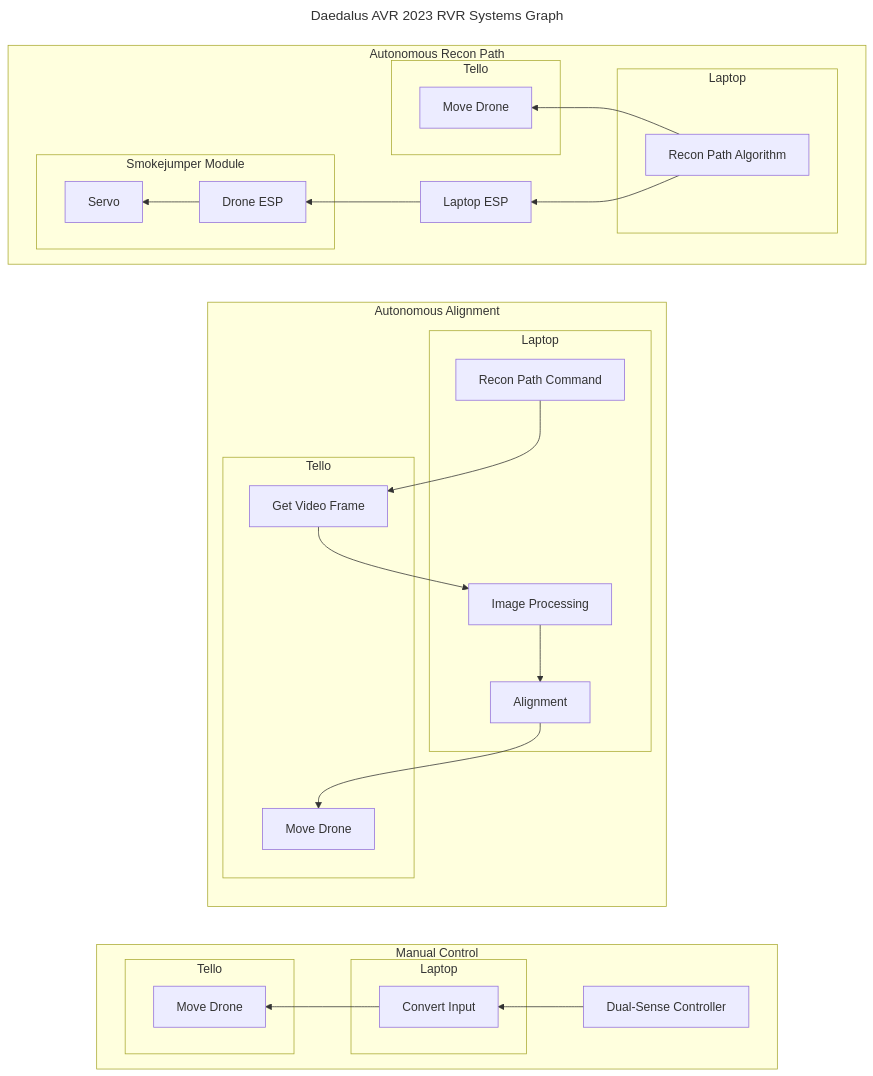
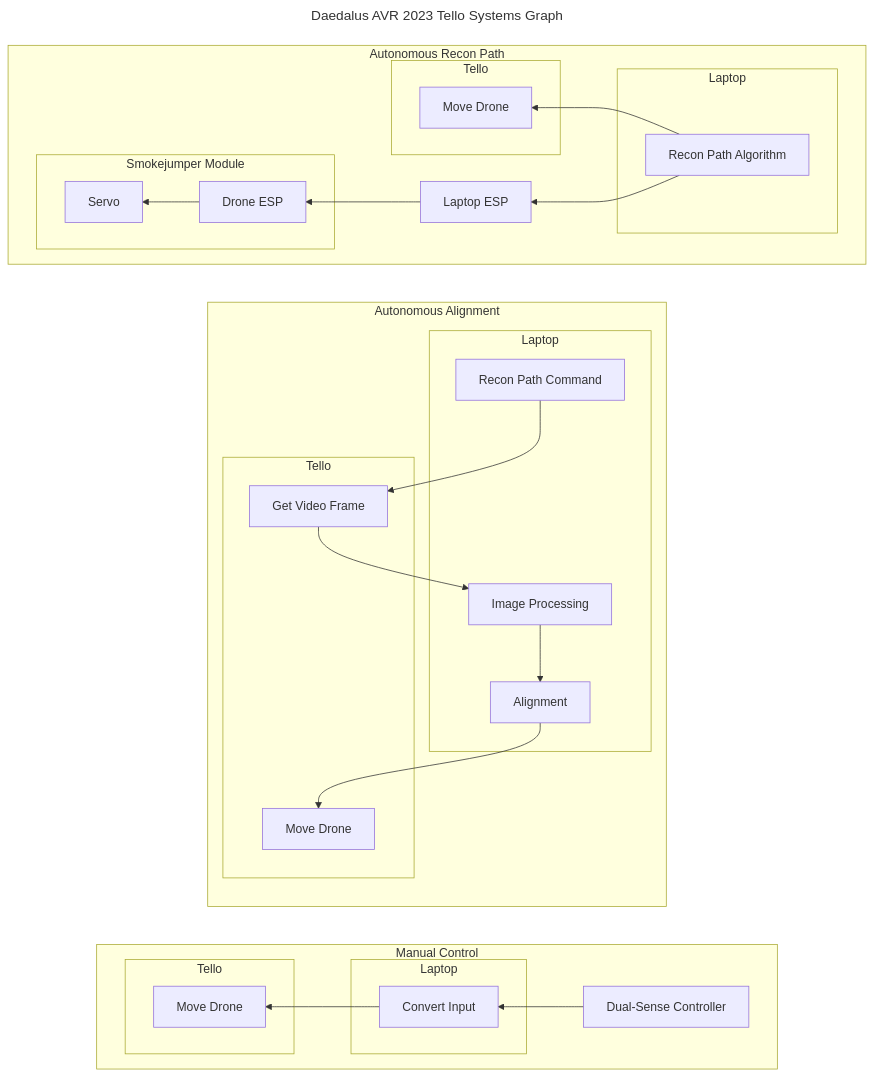
Before and after one commit to Daedalus-Robotics/avr_2023_documentation: the diagram in Tello.md, drawn with Mermaid.

````diff
--- a/Tello.md
+++ b/Tello.md
@@ -1,68 +1,68 @@
 ```mermaid
 ---
-title: Daedalus AVR 2023 RVR Systems Graph
+title: Daedalus AVR 2023 Tello Systems Graph
 ---
 
 
 flowchart LR
 
     subgraph manual[Manual Control]
         direction RL
         subgraph laptop[Laptop]
             conversion[Convert Input]
         end
 
         subgraph tello[Tello]
             move[Move Drone]
         end
     
         controller[Dual-Sense Controller] --> conversion --> move
 
     end
 
     subgraph alignment[Autonomous Alignment]
         direction TB
 
         subgraph alaptop[Laptop]
             command[Recon Path Command]
             processing[Image Processing]
             align[Alignment]
         end
 
         subgraph atello[Tello]
              command --> frame[Get Video Frame] --> processing --> align --> amove[Move Drone]
         end
         
 
     end
 
     subgraph reconpath[Autonomous Recon Path]
         direction RL
 
         subgraph blaptop[Laptop]
             rp[Recon Path Algorithm]
         end
 
         subgraph smokejumper[Smokejumper Module]
             droneesp[Drone ESP]
             droneesp --> servo[Servo]
         end
 
         rp --> pcesp[Laptop ESP] --> droneesp
 
         subgraph btello[Tello]
             rp --> bmove[Move Drone]
         end
 
         
         
 
     end
 
     
 
 
   
 
 
 ```
````
